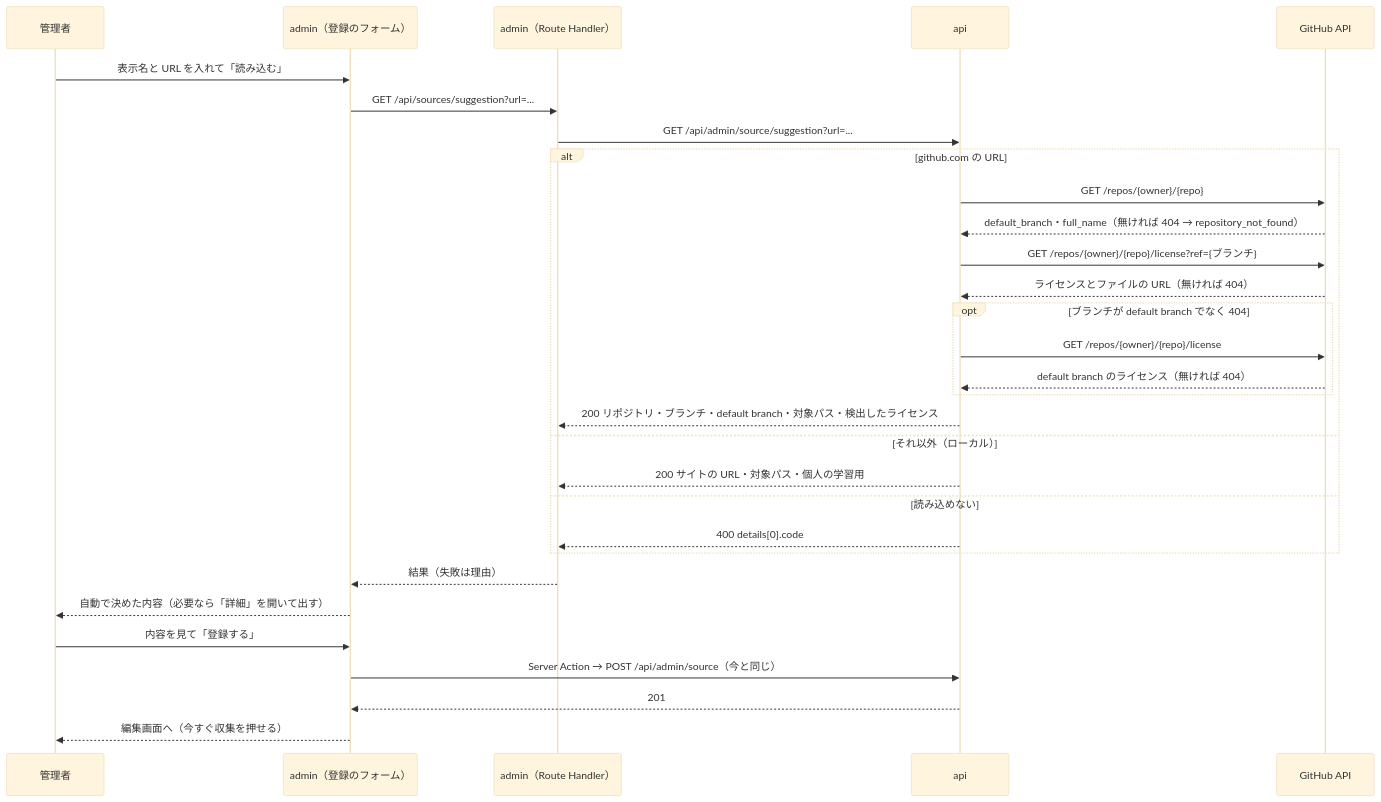
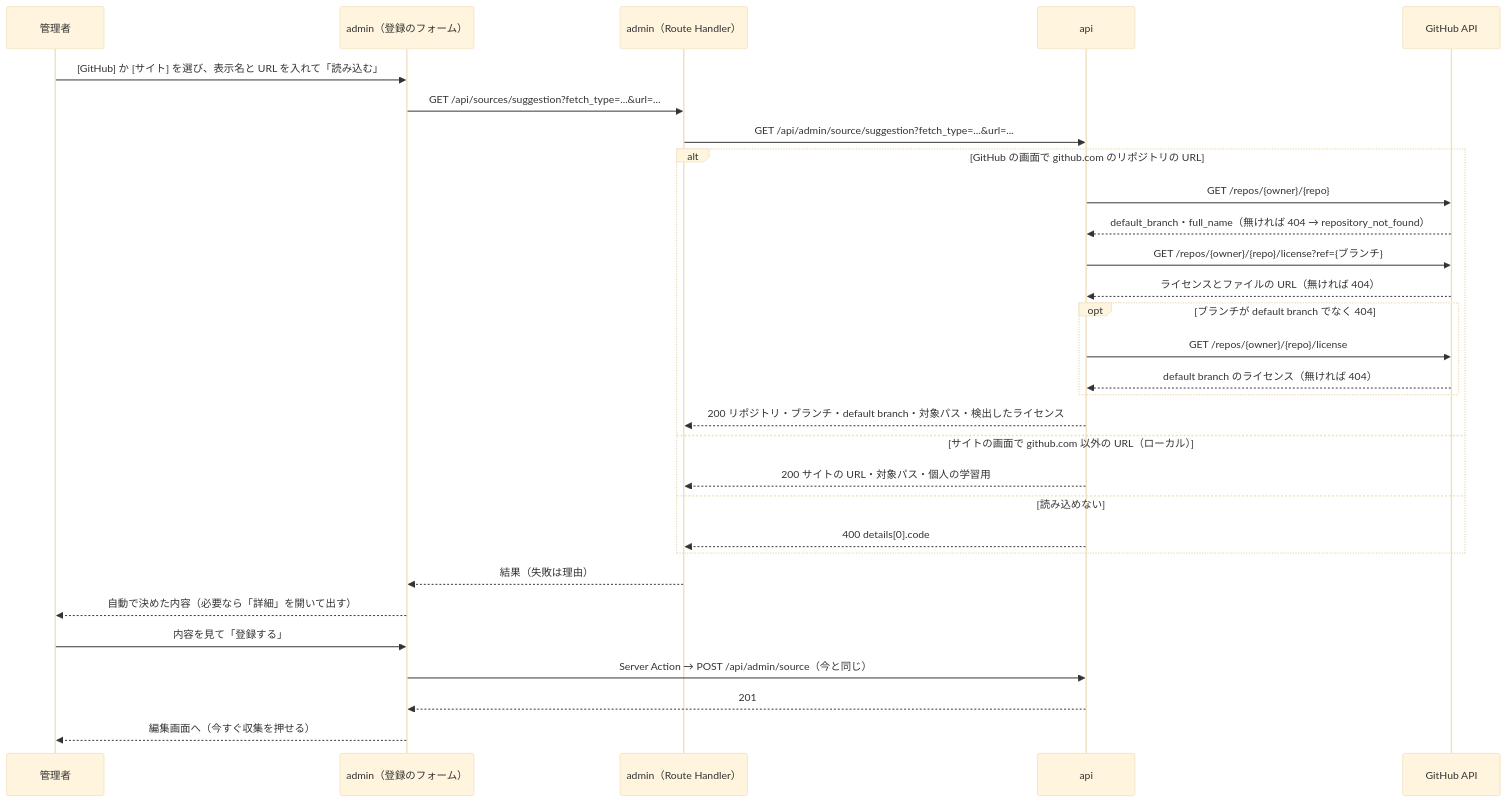
The diagram in docs/spec/source-registration-by-url/README.md (kentakki416/tech-english), drawn with Mermaid (base theme) before and after one commit. The commit also changed other lines of this file and 3 other files, not shown here.

Commit message:
docs(spec): ソースの一覧と登録の画面を GitHub とサイトのボタンで分け、URL の読み込みに画面の取得方法を渡す形に直す（サイトの画面の GitHub の URL は github_url、リポジトリ名の形は domain に置く）

````diff
--- a/docs/spec/source-registration-by-url/README.md
+++ b/docs/spec/source-registration-by-url/README.md
@@ -222,33 +254,33 @@
 ```mermaid
 sequenceDiagram
     participant A as 管理者
     participant F as admin（登録のフォーム）
     participant R as admin（Route Handler）
     participant API as api
     participant GH as GitHub API
 
-    A->>F: 表示名と URL を入れて「読み込む」
-    F->>R: GET /api/sources/suggestion?url=...
-    R->>API: GET /api/admin/source/suggestion?url=...
-    alt github.com の URL
+    A->>F: [GitHub] か [サイト] を選び、表示名と URL を入れて「読み込む」
+    F->>R: GET /api/sources/suggestion?fetch_type=...&url=...
+    R->>API: GET /api/admin/source/suggestion?fetch_type=...&url=...
+    alt GitHub の画面で github.com のリポジトリの URL
         API->>GH: GET /repos/{owner}/{repo}
         GH-->>API: default_branch・full_name（無ければ 404 → repository_not_found）
         API->>GH: GET /repos/{owner}/{repo}/license?ref={ブランチ}
         GH-->>API: ライセンスとファイルの URL（無ければ 404）
         opt ブランチが default branch でなく 404
             API->>GH: GET /repos/{owner}/{repo}/license
             GH-->>API: default branch のライセンス（無ければ 404）
         end
         API-->>R: 200 リポジトリ・ブランチ・default branch・対象パス・検出したライセンス
-    else それ以外（ローカル）
+    else サイトの画面で github.com 以外の URL（ローカル）
         API-->>R: 200 サイトの URL・対象パス・個人の学習用
     else 読み込めない
         API-->>R: 400 details[0].code
     end
     R-->>F: 結果（失敗は理由）
     F-->>A: 自動で決めた内容（必要なら「詳細」を開いて出す）
     A->>F: 内容を見て「登録する」
     F->>API: Server Action → POST /api/admin/source（今と同じ）
     API-->>F: 201
     F-->>A: 編集画面へ（今すぐ収集を押せる）
 ```
````
